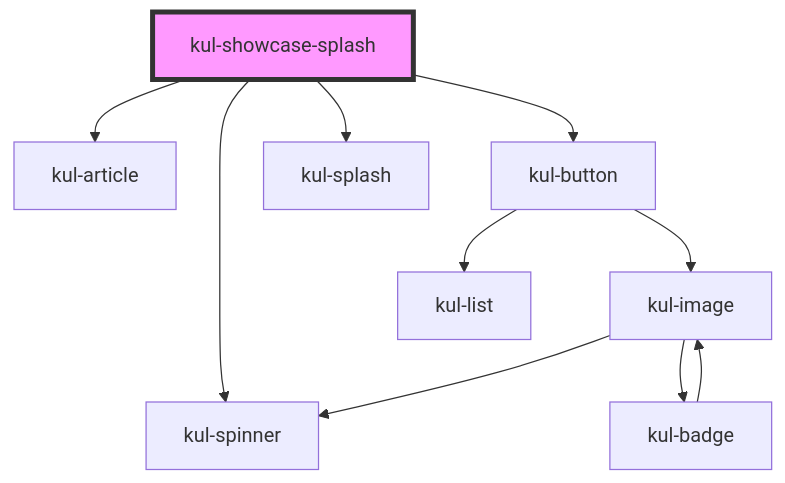
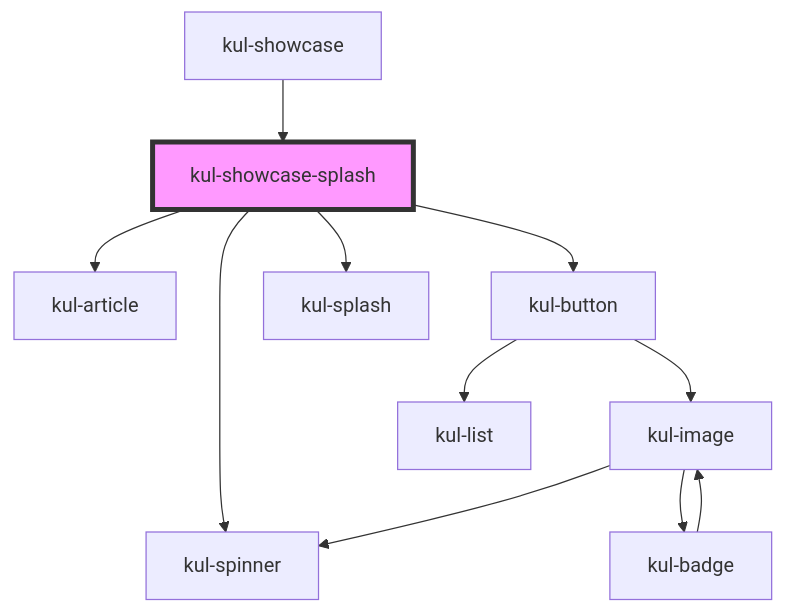
Before and after one commit to lucafoscili/ketchup-lite: the diagram in packages/ketchup-lite/src/components/kul-showcase/components/splash/readme.md, drawn with Mermaid. The commit also changed other lines of this file and 45 other files, not shown here.

````diff
--- a/packages/ketchup-lite/src/components/kul-showcase/components/splash/readme.md
+++ b/packages/ketchup-lite/src/components/kul-showcase/components/splash/readme.md
@@ -26,13 +30,14 @@
 ```mermaid
 graph TD;
   kul-showcase-splash --> kul-article
   kul-showcase-splash --> kul-button
   kul-showcase-splash --> kul-splash
   kul-showcase-splash --> kul-spinner
   kul-button --> kul-image
   kul-button --> kul-list
   kul-image --> kul-spinner
   kul-image --> kul-badge
   kul-badge --> kul-image
+  kul-showcase --> kul-showcase-splash
   style kul-showcase-splash fill:#f9f,stroke:#333,stroke-width:4px
 ```
````
